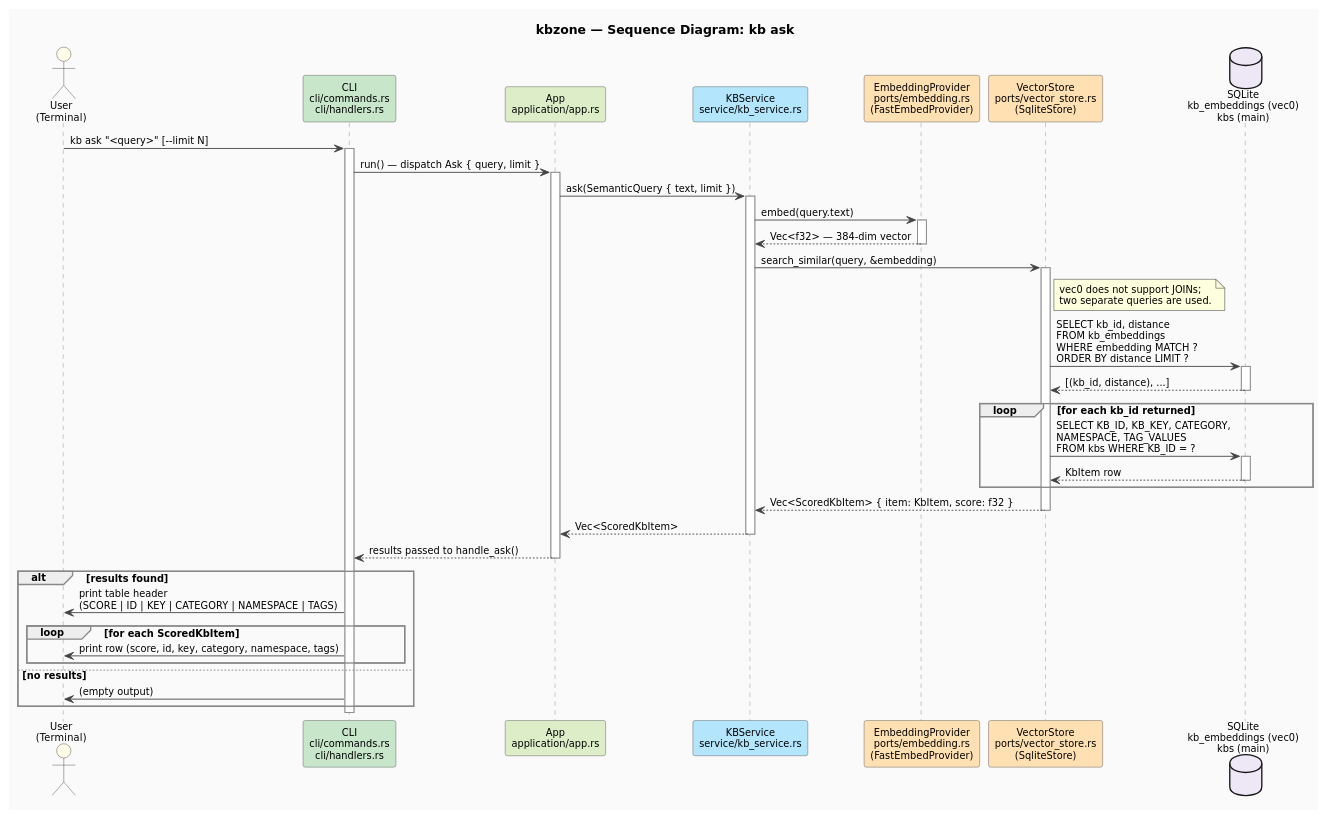
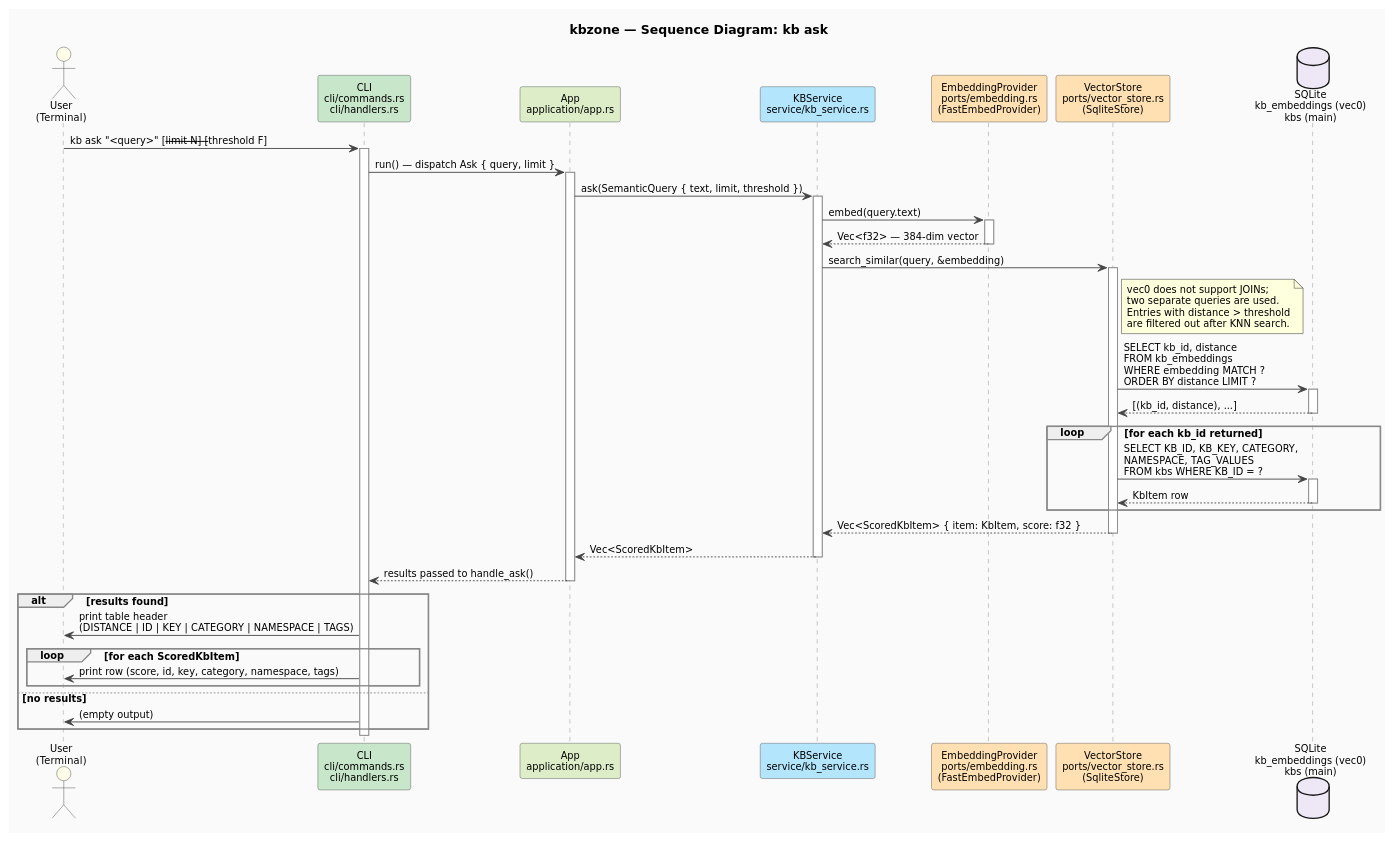
The diagram in docs/diagrams/04_ask_sequence.puml (fernandoocampo/kbzone), drawn with PlantUML before and after one commit. The commit also changed 9 other files, not shown here.

```diff
--- a/docs/diagrams/04_ask_sequence.puml
+++ b/docs/diagrams/04_ask_sequence.puml
@@ -1,83 +1,85 @@
 @startuml 04_ask_sequence
 title kbzone — Sequence Diagram: kb ask
 
 skinparam backgroundColor #FAFAFA
 skinparam defaultFontName "DejaVu Sans"
 skinparam defaultFontSize 11
 skinparam sequence {
     ArrowColor #444444
     ActorBorderColor #444444
     ActorBackgroundColor #FFFDE7
     ParticipantBorderColor #555555
     ParticipantBackgroundColor #E8F5E9
     GroupBorderColor #888888
     BoxBorderColor #888888
     NoteBackgroundColor #FFF9C4
     NoteBorderColor #F9A825
     LifeLineBorderColor #888888
 }
 
 actor "User\n(Terminal)" as User #FFFDE7
 
 participant "CLI\ncli/commands.rs\ncli/handlers.rs" as CLI #C8E6C9
 participant "App\napplication/app.rs" as App #DCEDC8
 participant "KBService\nservice/kb_service.rs" as KBService #B3E5FC
 participant "EmbeddingProvider\nports/embedding.rs\n(FastEmbedProvider)" as Embedder #FFE0B2
 participant "VectorStore\nports/vector_store.rs\n(SqliteStore)" as VectorStore #FFE0B2
 database "SQLite\nkb_embeddings (vec0)\nkbs (main)" as SQLite #EDE7F6
 
-User -> CLI : kb ask "<query>" [--limit N]
+User -> CLI : kb ask "<query>" [--limit N] [--threshold F]
 activate CLI
 
 CLI -> App : run() — dispatch Ask { query, limit }
 activate App
 
-App -> KBService : ask(SemanticQuery { text, limit })
+App -> KBService : ask(SemanticQuery { text, limit, threshold })
 activate KBService
 
 KBService -> Embedder : embed(query.text)
 activate Embedder
 Embedder --> KBService : Vec<f32> — 384-dim vector
 deactivate Embedder
 
 KBService -> VectorStore : search_similar(query, &embedding)
 activate VectorStore
 
 note right of VectorStore
   vec0 does not support JOINs;
   two separate queries are used.
+  Entries with distance > threshold
+  are filtered out after KNN search.
 end note
 
 VectorStore -> SQLite : SELECT kb_id, distance\nFROM kb_embeddings\nWHERE embedding MATCH ?\nORDER BY distance LIMIT ?
 activate SQLite
 SQLite --> VectorStore : [(kb_id, distance), ...]
 deactivate SQLite
 
 loop for each kb_id returned
     VectorStore -> SQLite : SELECT KB_ID, KB_KEY, CATEGORY,\nNAMESPACE, TAG_VALUES\nFROM kbs WHERE KB_ID = ?
     activate SQLite
     SQLite --> VectorStore : KbItem row
     deactivate SQLite
 end
 
 VectorStore --> KBService : Vec<ScoredKbItem> { item: KbItem, score: f32 }
 deactivate VectorStore
 
 KBService --> App : Vec<ScoredKbItem>
 deactivate KBService
 
 App --> CLI : results passed to handle_ask()
 deactivate App
 
 alt results found
-    CLI -> User : print table header\n(SCORE | ID | KEY | CATEGORY | NAMESPACE | TAGS)
+    CLI -> User : print table header\n(DISTANCE | ID | KEY | CATEGORY | NAMESPACE | TAGS)
     loop for each ScoredKbItem
         CLI -> User : print row (score, id, key, category, namespace, tags)
     end
 else no results
     CLI -> User : (empty output)
 end
 
 deactivate CLI
 
 @enduml
```
